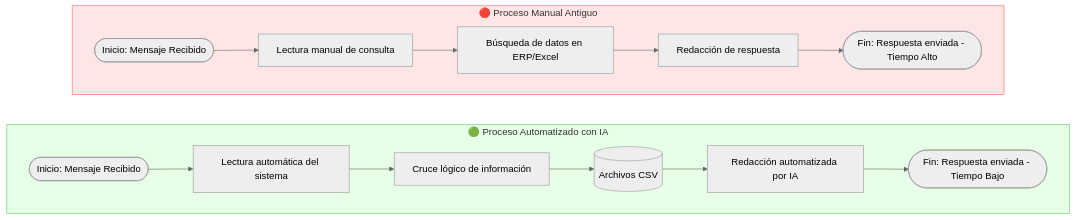
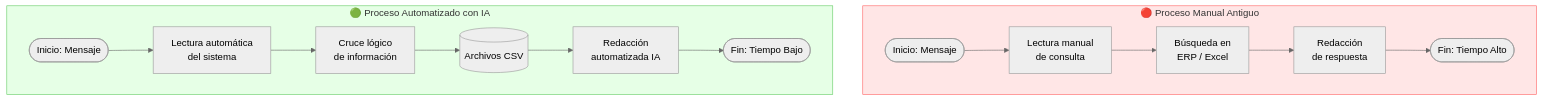
One commit to marianoborgini1/techsed-ejercicio changed the diagram in readme.md. Above: the diagram before and after it, drawn with Mermaid (neutral theme).

````diff
--- a/readme.md
+++ b/readme.md
@@ -40,22 +40,20 @@
 ```mermaid
 graph TD
     subgraph ANTES [🔴 Proceso Manual Antiguo]
-        A1([Inicio: Mensaje Recibido]) --> B1[Lectura manual de consulta]
-        B1 --> C1[Búsqueda de datos en ERP/Excel]
-        C1 --> D1[Redacción de respuesta]
-        D1 --> E1([Fin: Respuesta enviada - Tiempo Alto])
+        A1([Inicio: Mensaje]) --> B1[Lectura manual<br>de consulta]
+        B1 --> C1[Búsqueda en<br>ERP / Excel]
+        C1 --> D1[Redacción<br>de respuesta]
+        D1 --> E1([Fin: Tiempo Alto])
     end
 
     subgraph AHORA [🟢 Proceso Automatizado con IA]
-        A2([Inicio: Mensaje Recibido]) --> B2[Lectura automática del sistema]
-        B2 --> C2[Cruce lógico de información]
+        A2([Inicio: Mensaje]) --> B2[Lectura automática<br>del sistema]
+        B2 --> C2[Cruce lógico<br>de información]
         C2 --> DB[(Archivos CSV)]
-        DB --> D2[Redacción automatizada por IA]
-        D2 --> E2([Fin: Respuesta enviada - Tiempo Bajo])
+        DB --> D2[Redacción<br>automatizada IA]
+        D2 --> E2([Fin: Tiempo Bajo])
     end
-    
-    ANTES ~~~ AHORA
     
     style ANTES fill:#ffe6e6,stroke:#ff6666
     style AHORA fill:#e6ffe6,stroke:#66cc66
 ```
````
